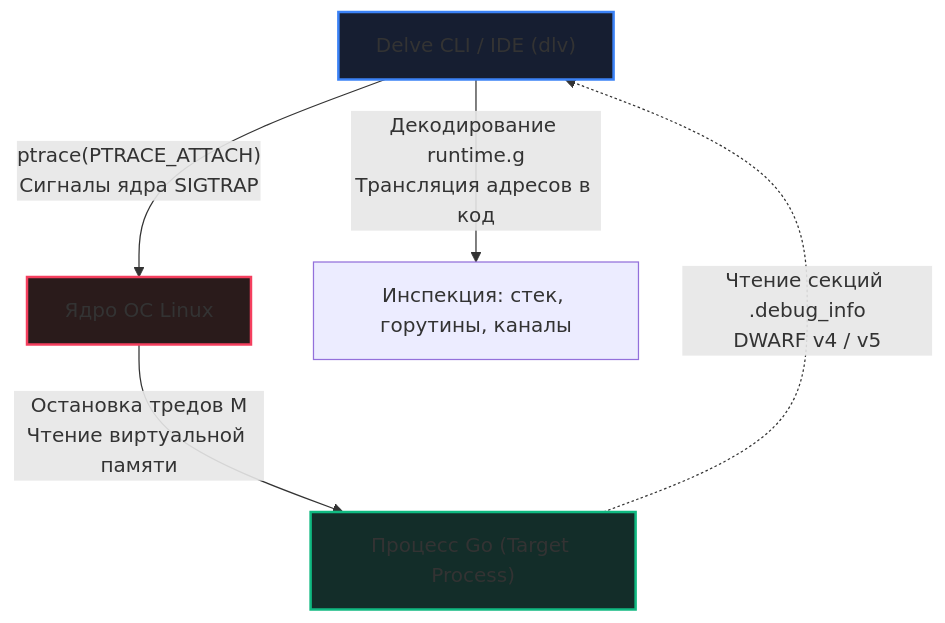
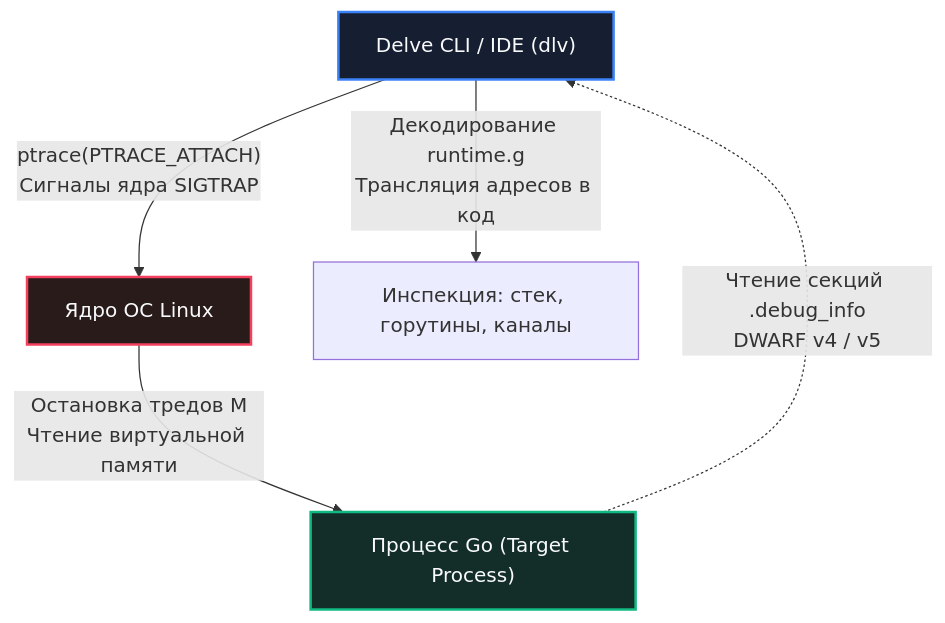
The first of 2 diagrams in sources/16. Профилирование, отладка и производительность/11. Debugging/2. Delve debugger.md (UnrealTemplier/go-textbook), drawn with Mermaid before and after one commit. The commit also changed other lines of this file and 310 other files, not shown here.

First line of the commit message:
fix(mermaid): replace light fill colors with dark palette for readability on dark theme

````diff
--- a/sources/16. Профилирование, отладка и производительность/11. Debugging/2. Delve debugger.md
+++ b/sources/16. Профилирование, отладка и производительность/11. Debugging/2. Delve debugger.md
@@ -17,12 +17,12 @@
 ```mermaid
 flowchart TD
     Delve["Delve CLI / IDE (dlv)"] -->|"ptrace(PTRACE_ATTACH)<br>Сигналы ядра SIGTRAP"| Kernel["Ядро ОС Linux"]
     Kernel -->|"Остановка тредов M<br>Чтение виртуальной памяти"| GoApp["Процесс Go (Target Process)"]
     
     GoApp -.->|"Чтение секций .debug_info<br>DWARF v4 / v5"| Delve
     Delve -->|"Декодирование runtime.g<br>Трансляция адресов в код"| Inspect["Инспекция: стек, горутины, каналы"]
     
-    style Delve fill:#161e31,stroke:#3b82f6,stroke-width:2px
-    style GoApp fill:#132d29,stroke:#10b981,stroke-width:2px
-    style Kernel fill:#2a1b1b,stroke:#f43f5e,stroke-width:2px
+    style Delve fill:#161e31,stroke:#3b82f6,stroke-width:2px,color:#f8fafc
+    style GoApp fill:#132d29,stroke:#10b981,stroke-width:2px,color:#f8fafc
+    style Kernel fill:#2a1b1b,stroke:#f43f5e,stroke-width:2px,color:#f8fafc
 ```
````
